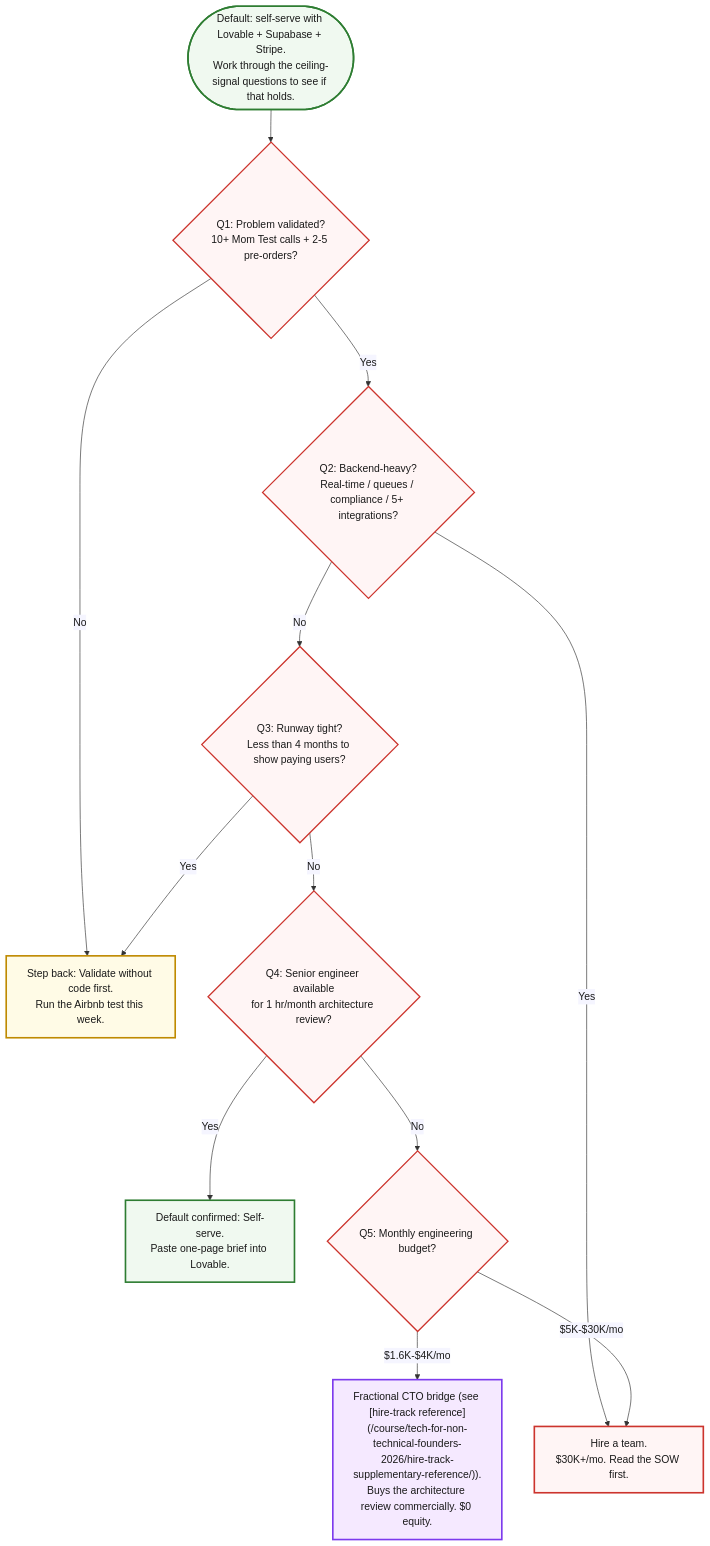
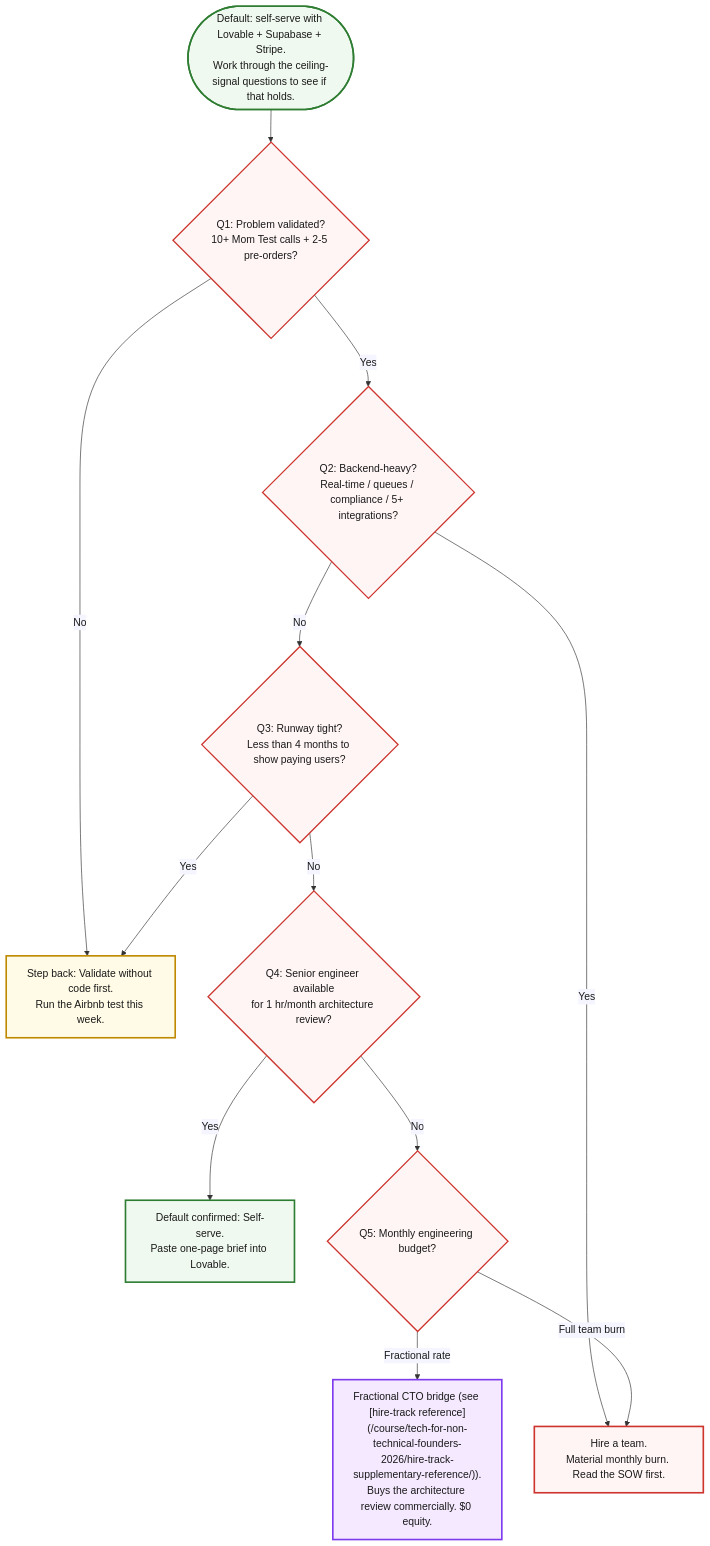
The diagram in content/course/tech-for-non-technical-founders-2026/should-you-hire-2026-decision-tree/index.md (jetthoughts/jetthoughts.github.io), drawn with Mermaid before and after one commit. The commit also changed other lines of this file and 25 other files, not shown here.

Commit message:
content(course): AI deep-research — logic-flow, critic sweeps, execution-readiness

````diff
--- a/content/course/tech-for-non-technical-founders-2026/should-you-hire-2026-decision-tree/index.md
+++ b/content/course/tech-for-non-technical-founders-2026/should-you-hire-2026-decision-tree/index.md
@@ -104,30 +104,30 @@
 ```mermaid
 %%{init: {'theme':'base', 'themeVariables': {'fontFamily':'Caveat, Patrick Hand, cursive', 'primaryColor':'#fff5f5', 'primaryBorderColor':'#cc342d', 'lineColor':'#333', 'primaryTextColor':'#1a1a1a'}}}%%
 flowchart TD
     Start(["Default: self-serve with Lovable + Supabase + Stripe.<br/>Work through the ceiling-signal questions to see if that holds."])
     Start --> Q1{"Q1: Problem validated?<br/>10+ Mom Test calls + 2-5 pre-orders?"}
     Q1 -->|No| Validate["Step back: Validate without code first.<br/>Run the Airbnb test this week."]
     Q1 -->|Yes| Q2{"Q2: Backend-heavy?<br/>Real-time / queues / compliance / 5+ integrations?"}
     Q2 -->|No| Q3{"Q3: Runway tight?<br/>Less than 4 months to show paying users?"}
-    Q2 -->|Yes| Hire["Hire a team.<br/>$30K+/mo. Read the SOW first."]
+    Q2 -->|Yes| Hire["Hire a team.<br/>Material monthly burn. Read the SOW first."]
     Q3 -->|No| Q4{"Q4: Senior engineer available<br/>for 1 hr/month architecture review?"}
     Q3 -->|Yes| Validate
     Q4 -->|Yes| SelfServe["Default confirmed: Self-serve.<br/>Paste one-page brief into Lovable."]
     Q4 -->|No| Q5{"Q5: Monthly engineering budget?"}
-    Q5 -->|"$1.6K-$4K/mo"| Fractional["Fractional CTO bridge (see [hire-track reference](/course/tech-for-non-technical-founders-2026/hire-track-supplementary-reference/)).<br/>Buys the architecture review commercially. $0 equity."]
-    Q5 -->|"$5K-$30K/mo"| Hire
+    Q5 -->|"Fractional rate"| Fractional["Fractional CTO bridge (see [hire-track reference](/course/tech-for-non-technical-founders-2026/hire-track-supplementary-reference/)).<br/>Buys the architecture review commercially. $0 equity."]
+    Q5 -->|"Full team burn"| Hire
 
     classDef start fill:#f0f9f0,stroke:#2e7d32,stroke-width:2.5px,color:#1a1a1a
     classDef question fill:#fff5f5,stroke:#cc342d,stroke-width:2px,color:#1a1a1a
     classDef validate fill:#fffbe6,stroke:#bf8a00,stroke-width:2.5px,color:#1a1a1a
     classDef serve fill:#f0f9f0,stroke:#2e7d32,stroke-width:2.5px,color:#1a1a1a
     classDef frac fill:#f5e9ff,stroke:#7c3aed,stroke-width:2.5px,color:#1a1a1a
     classDef hire fill:#fff5f5,stroke:#cc342d,stroke-width:2.5px,color:#1a1a1a
 
     class Start start
     class Q1,Q2,Q3,Q4,Q5 question
     class Validate validate
     class SelfServe serve
     class Fractional frac
     class Hire hire
 ```
````
